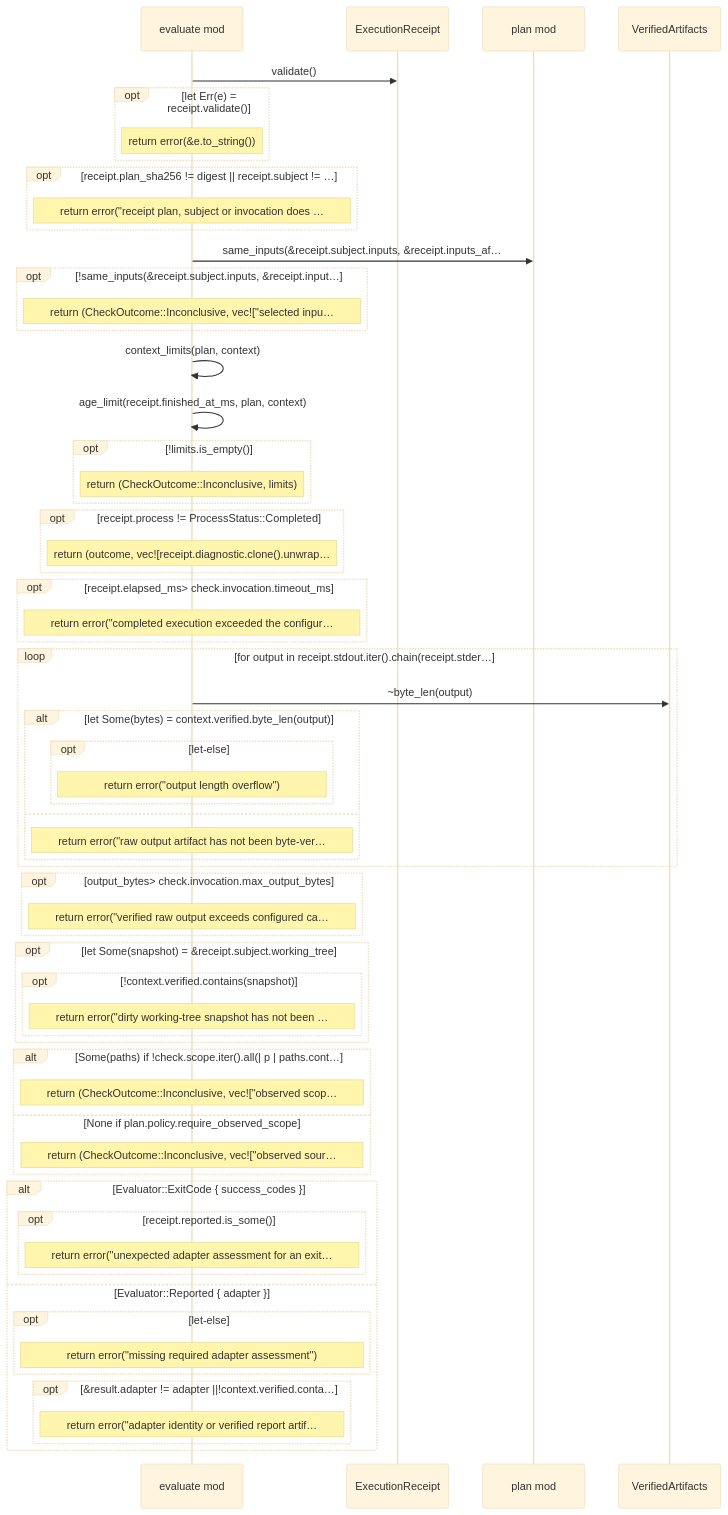
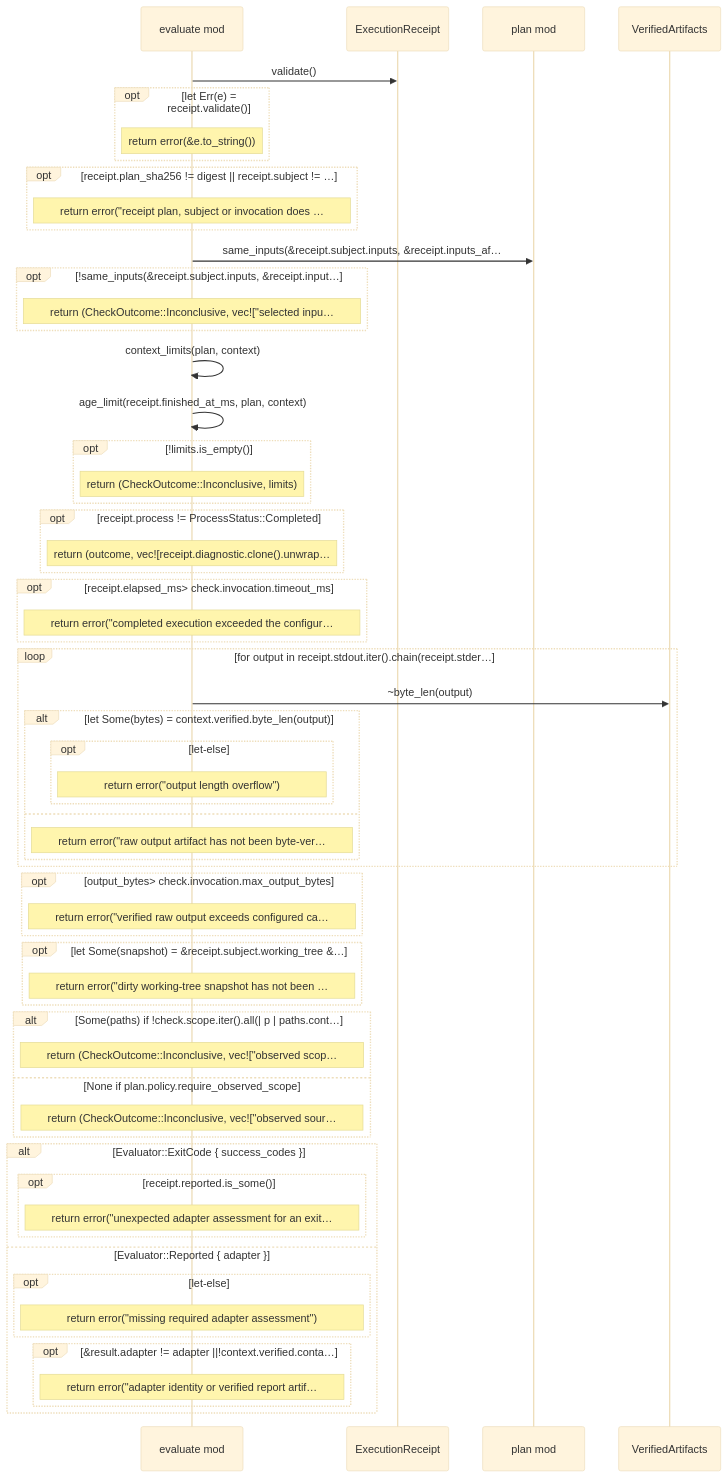
Before and after one commit to DreamLab-AI/visioncraft: the second of 4 diagrams in docs/diagrams/generated/src/evaluate.rs.md, drawn with Mermaid (base theme). The commit also changed other lines of this file and 12 other files, not shown here.

Commit message:
Refresh verified ADRs and source-derived diagrams after review repairs

````diff
--- a/docs/diagrams/generated/src/evaluate.rs.md
+++ b/docs/diagrams/generated/src/evaluate.rs.md
@@ -111,64 +111,62 @@
 ```mermaid
 sequenceDiagram
   participant visioncraft__evaluate as evaluate mod
   participant visioncraft__evidence___tExecutionReceipt as ExecutionReceipt
   participant visioncraft__plan as plan mod
   participant visioncraft__evidence___tVerifiedArtifacts as VerifiedArtifacts
   visioncraft__evaluate->>visioncraft__evidence___tExecutionReceipt: validate()
   opt let Err(e) = receipt.validate()
     Note over visioncraft__evaluate: return error(&e.to_string())
   end
   opt receipt.plan_sha256 != digest || receipt.subject != …
     Note over visioncraft__evaluate: return error(#quot;receipt plan, subject or invocation does …
   end
   visioncraft__evaluate->>visioncraft__plan: same_inputs(&receipt.subject.inputs, &receipt.inputs_af…
   opt !same_inputs(&receipt.subject.inputs, &receipt.input…
     Note over visioncraft__evaluate: return (CheckOutcome::Inconclusive, vec![#quot;selected inpu…
   end
   visioncraft__evaluate->>visioncraft__evaluate: context_limits(plan, context)
   visioncraft__evaluate->>visioncraft__evaluate: age_limit(receipt.finished_at_ms, plan, context)
   opt !limits.is_empty()
     Note over visioncraft__evaluate: return (CheckOutcome::Inconclusive, limits)
   end
   opt receipt.process != ProcessStatus::Completed
     Note over visioncraft__evaluate: return (outcome, vec![receipt.diagnostic.clone().unwrap…
   end
   opt receipt.elapsed_ms> check.invocation.timeout_ms
     Note over visioncraft__evaluate: return error(#quot;completed execution exceeded the configur…
   end
   loop for output in receipt.stdout.iter().chain(receipt.stder…
     visioncraft__evaluate->>visioncraft__evidence___tVerifiedArtifacts: ~byte_len(output)
     alt let Some(bytes) = context.verified.byte_len(output)
       opt let-else
         Note over visioncraft__evaluate: return error(#quot;output length overflow#quot;)
       end
     else
       Note over visioncraft__evaluate: return error(#quot;raw output artifact has not been byte-ver…
     end
   end
   opt output_bytes> check.invocation.max_output_bytes
     Note over visioncraft__evaluate: return error(#quot;verified raw output exceeds configured ca…
   end
-  opt let Some(snapshot) = &receipt.subject.working_tree
-    opt !context.verified.contains(snapshot)
-      Note over visioncraft__evaluate: return error(#quot;dirty working-tree snapshot has not been …
-    end
+  opt let Some(snapshot) = &receipt.subject.working_tree &…
+    Note over visioncraft__evaluate: return error(#quot;dirty working-tree snapshot has not been …
   end
   alt Some(paths) if !check.scope.iter().all(| p | paths.cont…
     Note over visioncraft__evaluate: return (CheckOutcome::Inconclusive, vec![#quot;observed scop…
   else None if plan.policy.require_observed_scope
     Note over visioncraft__evaluate: return (CheckOutcome::Inconclusive, vec![#quot;observed sour…
   end
   alt Evaluator::ExitCode { success_codes }
     opt receipt.reported.is_some()
       Note over visioncraft__evaluate: return error(#quot;unexpected adapter assessment for an exit…
     end
   else Evaluator::Reported { adapter }
     opt let-else
       Note over visioncraft__evaluate: return error(#quot;missing required adapter assessment#quot;)
     end
     opt &result.adapter != adapter ||!context.verified.conta…
       Note over visioncraft__evaluate: return error(#quot;adapter identity or verified report artif…
     end
   end
 ```
````
